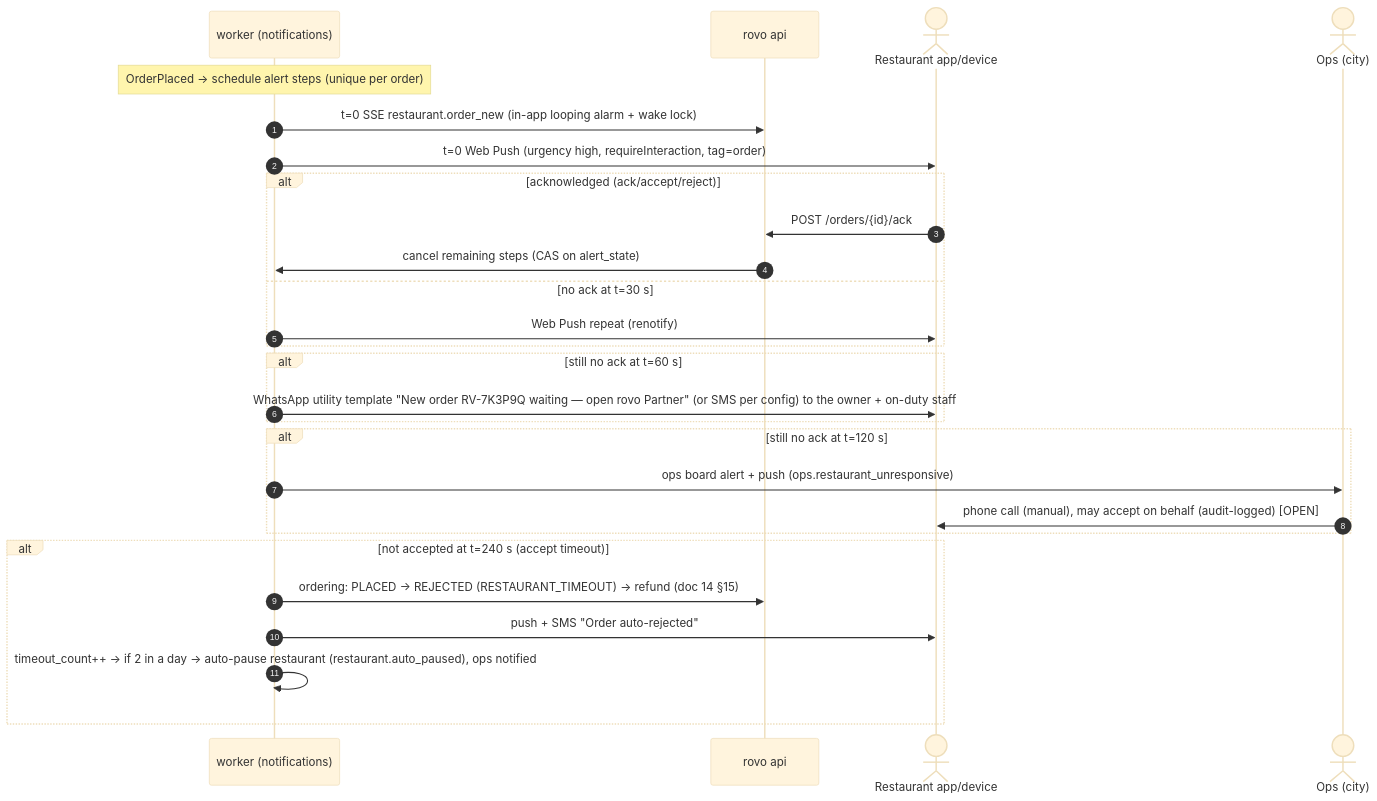
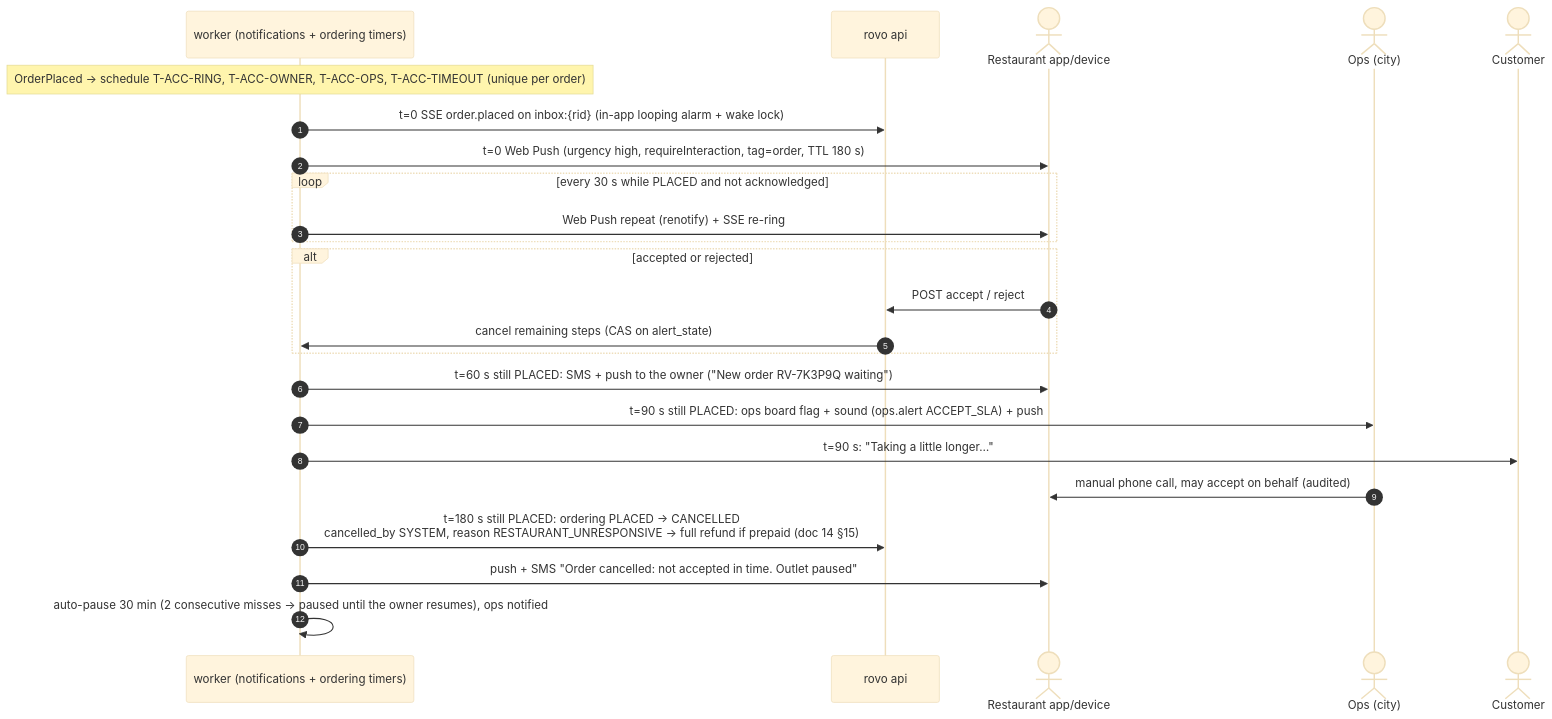
Before and after one commit to storetmobiles2-code/rovo: the third of 3 diagrams in docs/planning/15-notification-architecture.md, drawn with Mermaid (base theme). The commit also changed other lines of this file and 11 other files, not shown here.

````diff
--- a/docs/planning/15-notification-architecture.md
+++ b/docs/planning/15-notification-architecture.md
@@ -301,29 +302,26 @@
 ```mermaid
 sequenceDiagram
     autonumber
-    participant W as worker (notifications)
+    participant W as worker (notifications + ordering timers)
     participant API as rovo api
     actor R as Restaurant app/device
     actor O as Ops (city)
-    Note over W: OrderPlaced → schedule alert steps (unique per order)
-    W->>API: t=0 SSE restaurant.order_new (in-app looping alarm + wake lock)
-    W->>R: t=0 Web Push (urgency high, requireInteraction, tag=order)
-    alt acknowledged (ack/accept/reject)
-        R->>API: POST /orders/{id}/ack
+    actor C as Customer
+    Note over W: OrderPlaced → schedule T-ACC-RING, T-ACC-OWNER, T-ACC-OPS, T-ACC-TIMEOUT (unique per order)
+    W->>API: t=0 SSE order.placed on inbox:{rid} (in-app looping alarm + wake lock)
+    W->>R: t=0 Web Push (urgency high, requireInteraction, tag=order, TTL 180 s)
+    loop every 30 s while PLACED and not acknowledged
+        W->>R: Web Push repeat (renotify) + SSE re-ring
+    end
+    alt accepted or rejected
+        R->>API: POST accept / reject
         API->>W: cancel remaining steps (CAS on alert_state)
-    else no ack at t=30 s
-        W->>R: Web Push repeat (renotify)
     end
-    alt still no ack at t=60 s
-        W->>R: WhatsApp utility template "New order RV-7K3P9Q waiting — open rovo Partner" (or SMS per config) to the owner + on-duty staff
-    end
-    alt still no ack at t=120 s
-        W->>O: ops board alert + push (ops.restaurant_unresponsive)
-        O->>R: phone call (manual), may accept on behalf (audit-logged) [OPEN]
-    end
-    alt not accepted at t=240 s (accept timeout)
-        W->>API: ordering: PLACED → REJECTED (RESTAURANT_TIMEOUT) → refund (doc 14 §15)
-        W->>R: push + SMS "Order auto-rejected"
-        W->>W: timeout_count++ → if 2 in a day → auto-pause restaurant (restaurant.auto_paused), ops notified
-    end
+    W->>R: t=60 s still PLACED: SMS + push to the owner ("New order RV-7K3P9Q waiting")
+    W->>O: t=90 s still PLACED: ops board flag + sound (ops.alert ACCEPT_SLA) + push
+    W->>C: t=90 s: "Taking a little longer…"
+    O->>R: manual phone call, may accept on behalf (audited)
+    W->>API: t=180 s still PLACED: ordering PLACED → CANCELLED<br/>cancelled_by SYSTEM, reason RESTAURANT_UNRESPONSIVE → full refund if prepaid (doc 14 §15)
+    W->>R: push + SMS "Order cancelled: not accepted in time. Outlet paused"
+    W->>W: auto-pause 30 min (2 consecutive misses → paused until the owner resumes), ops notified
 ```
````
